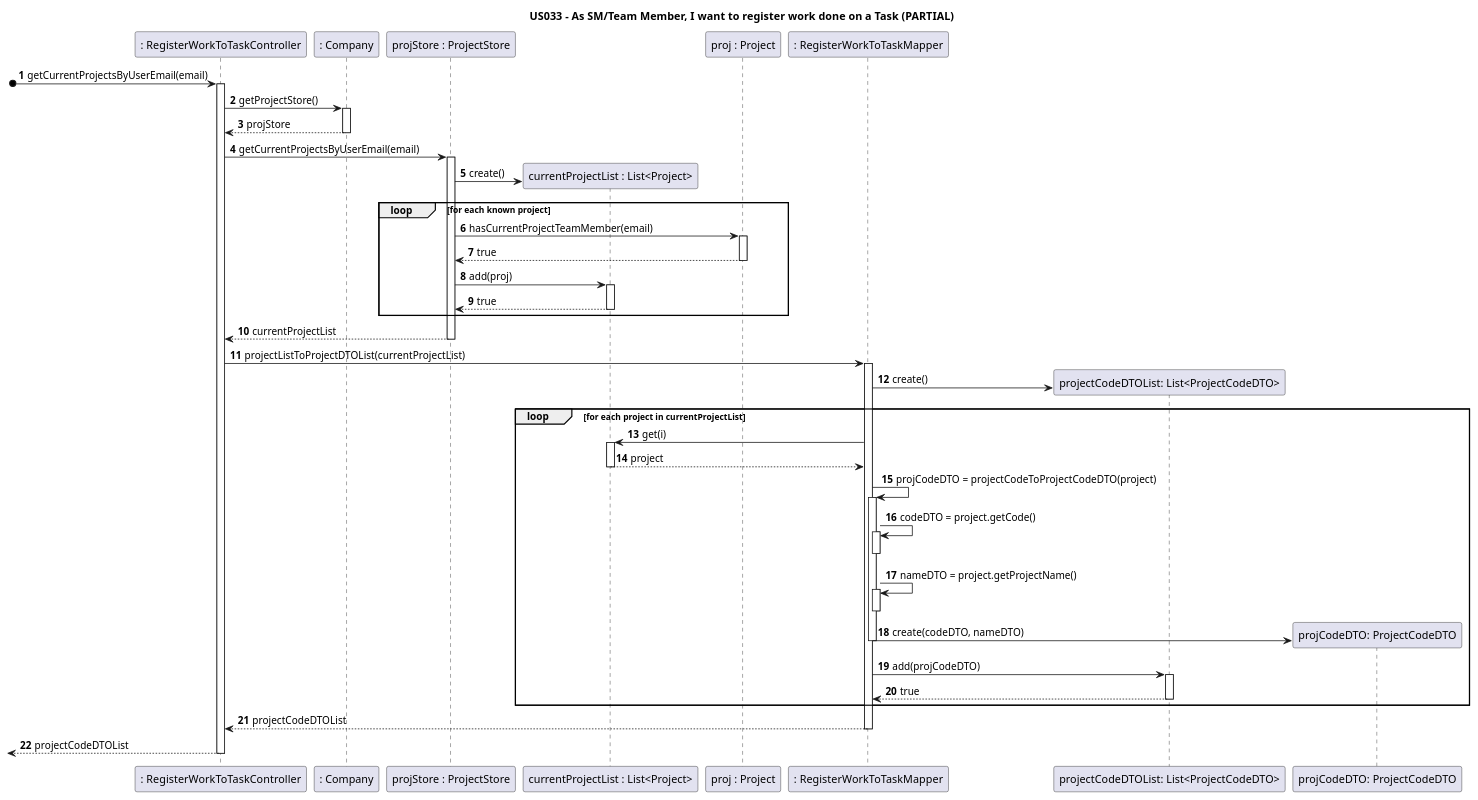
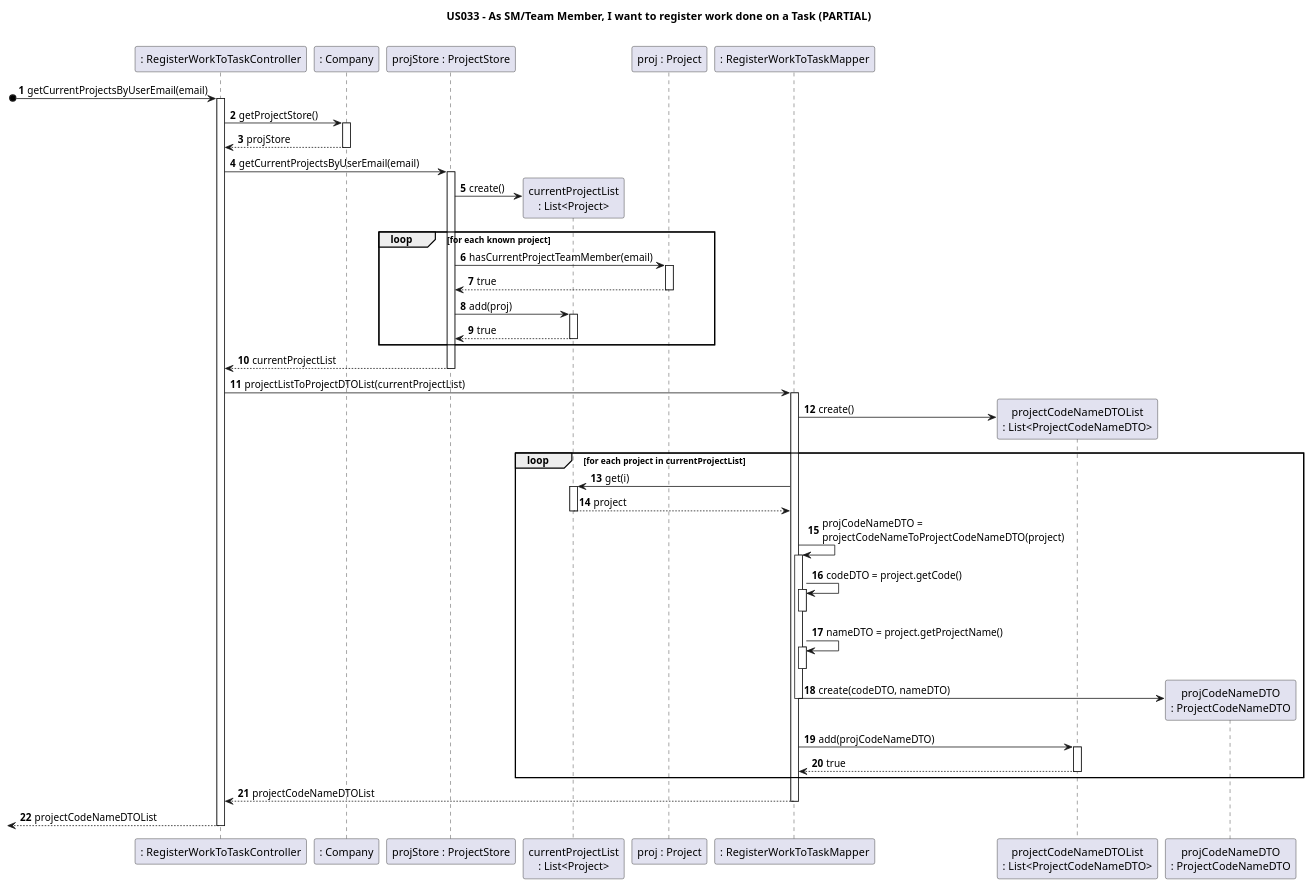
One commit to nunogon1211787/projectManagement changed the diagram in docs/Sprint3/US033/US033-SD_1getProjects.puml. Above: the diagram before and after it, drawn with PlantUML. The commit also changed 5 other files, not shown here.

Commit message:
US033: Design: Add partial Sequence Diagrams and update the main. US005: Implementation : ProjectStatus testing

```diff
--- a/docs/Sprint3/US033/US033-SD_1getProjects.puml
+++ b/docs/Sprint3/US033/US033-SD_1getProjects.puml
@@ -1,48 +1,48 @@
 @startuml
 'https://plantuml.com/sequence-diagram
 
 title US033 - As SM/Team Member, I want to register work done on a Task (PARTIAL)
 
 autoactivate on
 autonumber
 
 participant ": RegisterWorkToTaskController" as Ctrl
 participant ": Company" as company
 participant "projStore : ProjectStore" as projStore
-participant "currentProjectList : List<Project>" as projectList
+participant "currentProjectList\n: List<Project>" as projectList
 participant "proj : Project" as project
 participant ": RegisterWorkToTaskMapper" as mapper
-participant "projectCodeDTOList: List<ProjectCodeDTO>" as projectListDTO
-participant "projCodeDTO: ProjectCodeDTO" as projectDTO
+participant "projectCodeNameDTOList\n: List<ProjectCodeNameDTO>" as projectListDTO
+participant "projCodeNameDTO\n: ProjectCodeNameDTO" as projectDTO
 
 [o->Ctrl: getCurrentProjectsByUserEmail(email)
 Ctrl->company: getProjectStore()
 company-->Ctrl: projStore
 Ctrl->projStore: getCurrentProjectsByUserEmail(email)
 projStore->projectList **: create()
 loop for each known project
 projStore->project: hasCurrentProjectTeamMember(email)
 project-->projStore: true
 projStore->projectList: add(proj)
 projectList-->projStore: true
 end
 projStore-->Ctrl: currentProjectList
 Ctrl->mapper: projectListToProjectDTOList(currentProjectList)
 mapper->projectListDTO **: create()
 loop for each project in currentProjectList
 mapper->projectList: get(i)
 projectList-->mapper: project
-mapper->mapper: projCodeDTO = projectCodeToProjectCodeDTO(project)
+mapper->mapper: projCodeNameDTO = \nprojectCodeNameToProjectCodeNameDTO(project)
 mapper->mapper:codeDTO = project.getCode()
 deactivate mapper
 mapper->mapper:nameDTO = project.getProjectName()
 deactivate mapper
 mapper->projectDTO**: create(codeDTO, nameDTO)
 deactivate mapper
-mapper->projectListDTO: add(projCodeDTO)
+mapper->projectListDTO: add(projCodeNameDTO)
 projectListDTO-->mapper: true
 end
-mapper-->Ctrl: projectCodeDTOList
-[<--Ctrl: projectCodeDTOList
+mapper-->Ctrl: projectCodeNameDTOList
+[<--Ctrl: projectCodeNameDTOList
 
 @enduml
```
